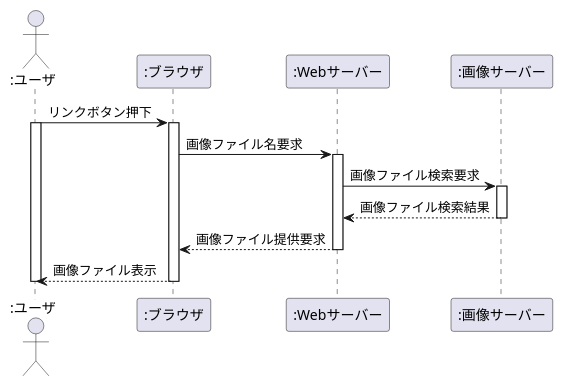
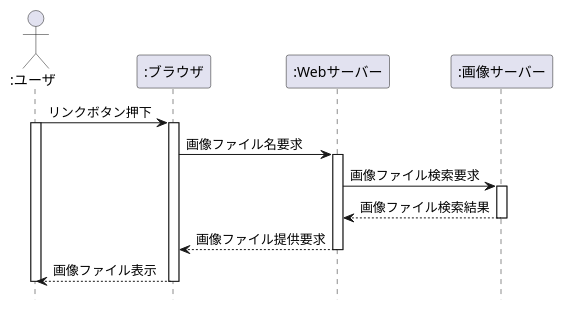
The diagram in 演習4-6_SD_Web画像検索.pu (s-takaki22/uml-introduction), drawn with PlantUML before and after one commit. The commit also changed 7 other files, not shown here.

```diff
--- a/演習4-6_SD_Web画像検索.pu
+++ b/演習4-6_SD_Web画像検索.pu
@@ -1,27 +1,28 @@
-@startuml
+@startuml 演習4-6
+hide footbox
 actor ":ユーザ" as User
 participant ":ブラウザ" as Browser
 participant ":Webサーバー" as WebServer
 participant ":画像サーバー" as ImageServer
 
 User -> Browser: リンクボタン押下
 activate User
 activate Browser
 
 Browser -> WebServer: 画像ファイル名要求
 activate WebServer
 
 WebServer -> ImageServer: 画像ファイル検索要求
 activate ImageServer
 
 ImageServer --> WebServer: 画像ファイル検索結果
 deactivate ImageServer
 
 WebServer --> Browser: 画像ファイル提供要求
 deactivate WebServer
 
 Browser --> User: 画像ファイル表示
 deactivate User
 deactivate Browser
 
 @enduml
```
